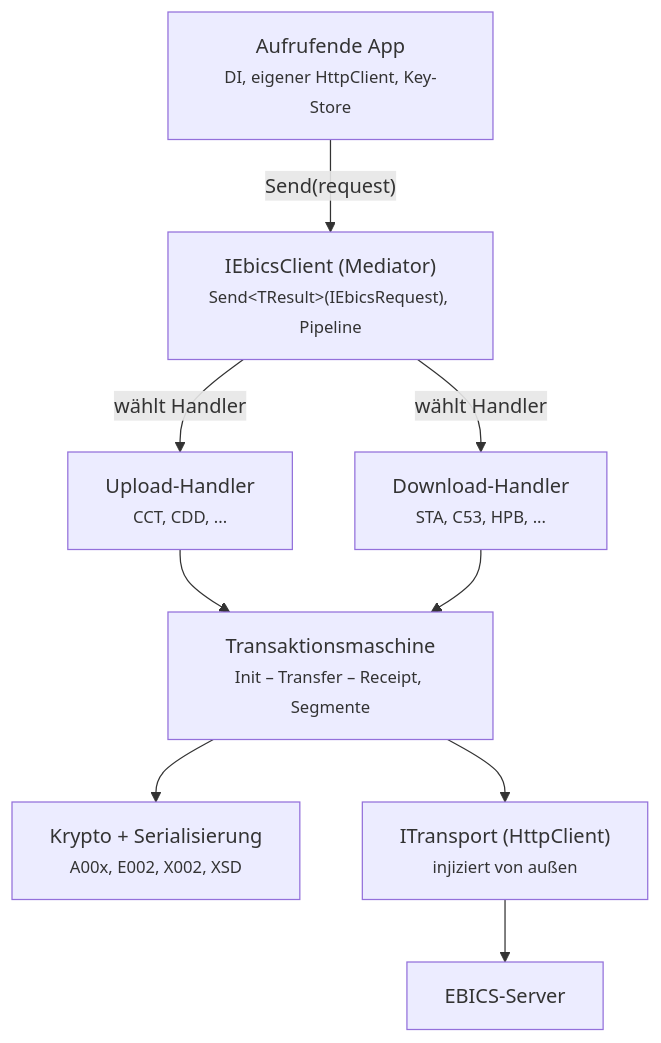
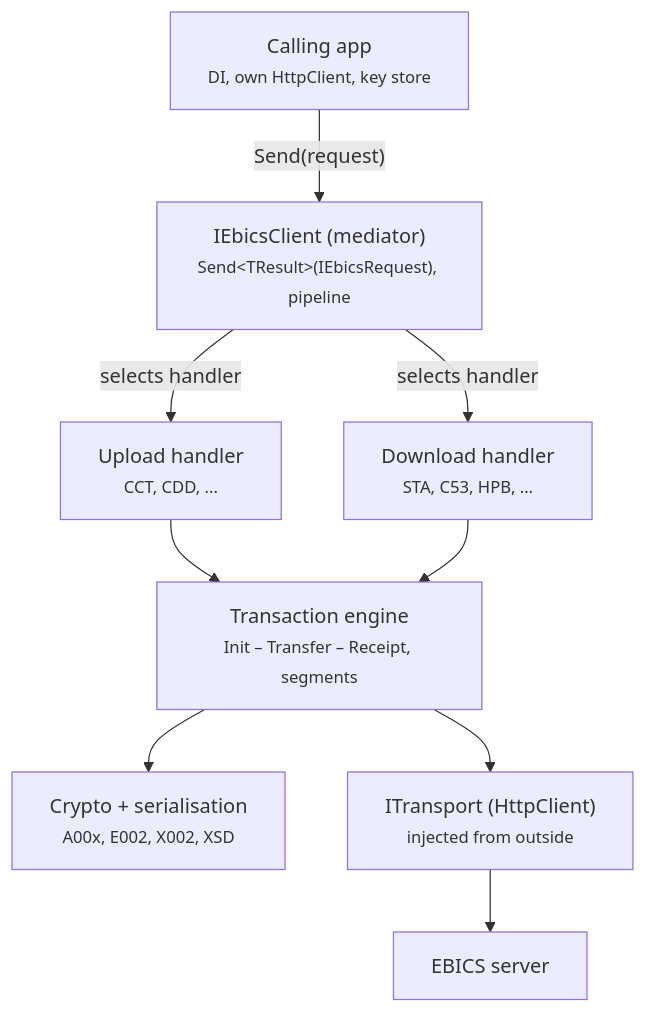
Before and after one commit to dominikz98/ebico: the first of 5 diagrams in docs/connector/architecture.md, drawn with Mermaid. The commit also changed other lines of this file and 59 other files, not shown here.

````diff
--- a/docs/connector/architecture.md
+++ b/docs/connector/architecture.md
@@ -40,11 +39,11 @@
 ```mermaid
 flowchart TD
-    A["Aufrufende App<br/><small>DI, eigener HttpClient, Key-Store</small>"] -->|"Send(request)"| B["IEbicsClient (Mediator)<br/><small>Send&lt;TResult&gt;(IEbicsRequest), Pipeline</small>"]
-    B -->|wählt Handler| C1["Upload-Handler<br/><small>CCT, CDD, ...</small>"]
-    B -->|wählt Handler| C2["Download-Handler<br/><small>STA, C53, HPB, ...</small>"]
-    C1 --> D["Transaktionsmaschine<br/><small>Init – Transfer – Receipt, Segmente</small>"]
+    A["Calling app<br/><small>DI, own HttpClient, key store</small>"] -->|"Send(request)"| B["IEbicsClient (mediator)<br/><small>Send&lt;TResult&gt;(IEbicsRequest), pipeline</small>"]
+    B -->|selects handler| C1["Upload handler<br/><small>CCT, CDD, ...</small>"]
+    B -->|selects handler| C2["Download handler<br/><small>STA, C53, HPB, ...</small>"]
+    C1 --> D["Transaction engine<br/><small>Init – Transfer – Receipt, segments</small>"]
     C2 --> D
-    D --> E1["Krypto + Serialisierung<br/><small>A00x, E002, X002, XSD</small>"]
-    D --> E2["ITransport (HttpClient)<br/><small>injiziert von außen</small>"]
-    E2 --> F["EBICS-Server"]
+    D --> E1["Crypto + serialisation<br/><small>A00x, E002, X002, XSD</small>"]
+    D --> E2["ITransport (HttpClient)<br/><small>injected from outside</small>"]
+    E2 --> F["EBICS server"]
 ```
````
